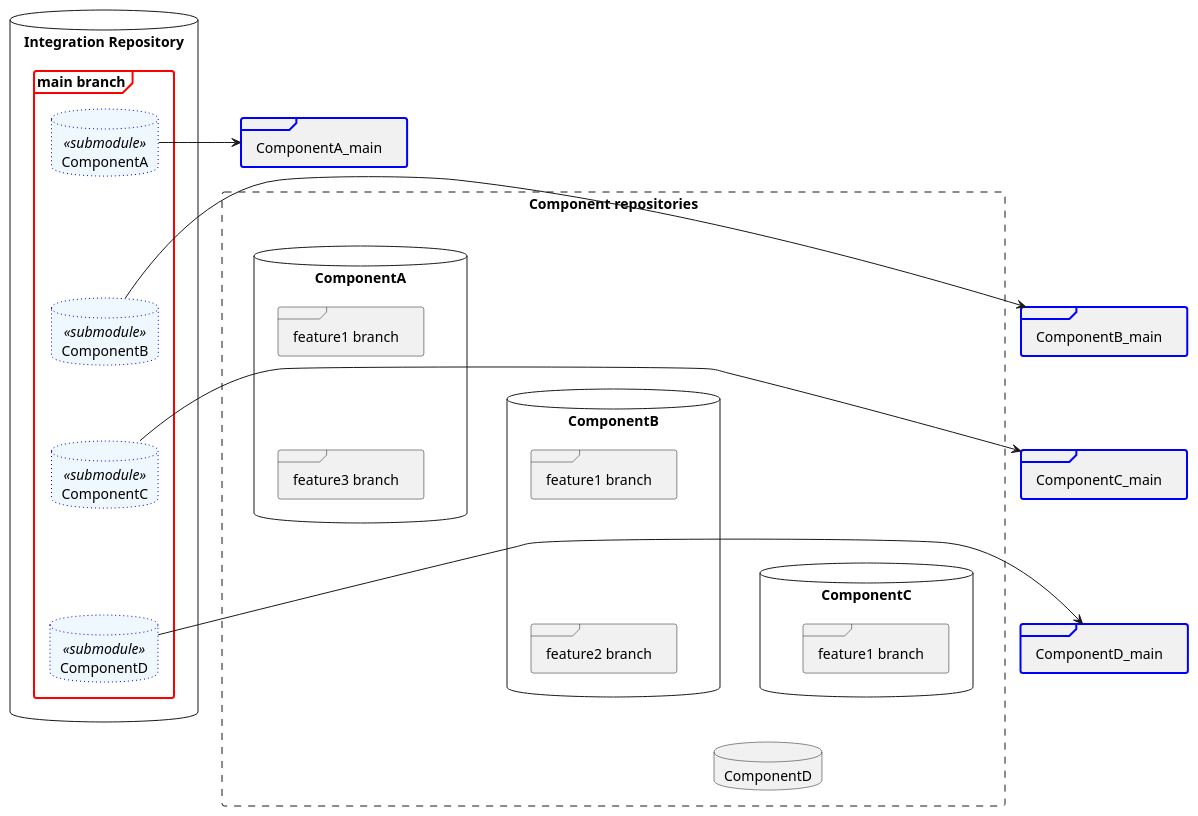
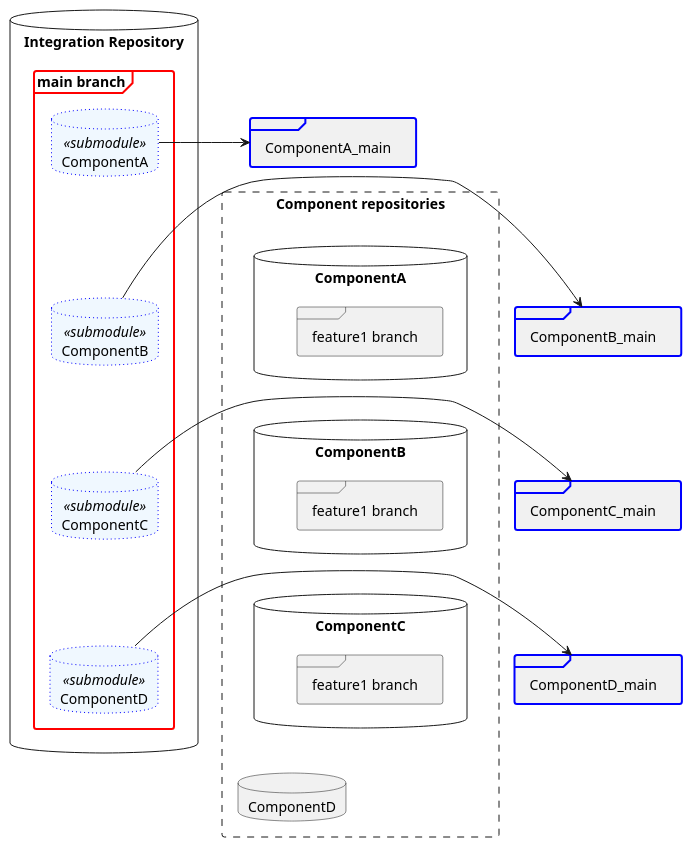
Before and after one commit to gemoc/git-sync-tools: the diagram in doc/plantuml/scenario_step1.plantuml, drawn with PlantUML. The commit also changed 1 other file, not shown here.

```diff
--- a/doc/plantuml/scenario_step1.plantuml
+++ b/doc/plantuml/scenario_step1.plantuml
@@ -1,70 +1,64 @@
 @startuml
 skinparam database<<submodule>> {
   backgroundColor aliceblue
   borderColor blue
 }
 skinparam frame<<main>> {
   backgroundColor aliceblue
   borderColor blue
   borderThickness 2
 }
 
 database "Integration Repository" as Integration {
     frame "main branch" as integration_main    #line.bold;line:red {
         database  "ComponentA" as Integration_main_ComponentA<<submodule>>  #line.dotted
         database  "ComponentB" as Integration_main_ComponentB<<submodule>>  #line.dotted
         database  "ComponentC" as Integration_main_ComponentC<<submodule>>  #line.dotted
         database  "ComponentD" as Integration_main_ComponentD<<submodule>>  #line.dotted
         
         Integration_main_ComponentA -[hidden]-> Integration_main_ComponentB
         Integration_main_ComponentB -[hidden]-> Integration_main_ComponentC
         Integration_main_ComponentC -[hidden]-> Integration_main_ComponentD
     }
 }
 
 Integration_main_ComponentA -> ComponentA_main
 Integration_main_ComponentB -> ComponentB_main
 Integration_main_ComponentC -> ComponentC_main
 Integration_main_ComponentD -> ComponentD_main
 rectangle "Component repositories" as components #line.dashed {
 database ComponentA {
     frame "main branch" as ComponentA_main  #line.bold;line:blue {
     }
     frame "feature1 branch" as ComponentA_feature1 {
     }
-    frame "feature3 branch" as ComponentA_feature3 {
-    }
     ComponentA_main -[hidden]-> ComponentA_feature1
-    ComponentA_feature1 -[hidden]-> ComponentA_feature3
 }
 
 database ComponentB {
     frame "main branch" as ComponentB_main   #line.bold;line:blue {
     }
     frame "feature1 branch" as ComponentB_feature1 {
     }
-    frame "feature2 branch" as ComponentB_feature2 {
-    }
     ComponentB_main -[hidden]-> ComponentB_feature1
-    ComponentB_feature1 -[hidden]-> ComponentB_feature2
 }
 
 database ComponentC {
     frame "main branch" as ComponentC_main   #line.bold;line:blue {
     }
     frame "feature1 branch" as ComponentC_feature1 {
     }
     ComponentC_main -[hidden]-> ComponentC_feature1
 }
 database ComponentD {
     frame "main branch" as ComponentD_main   #line.bold;line:blue {
     }
 }
 
 
 ComponentA -[hidden]- ComponentB
 ComponentB -[hidden]- ComponentC
 ComponentC -[hidden]- ComponentD
 }
 
 @enduml
```
